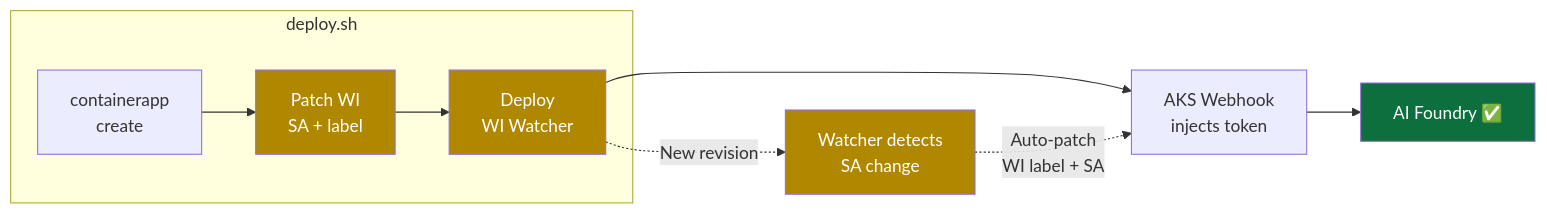
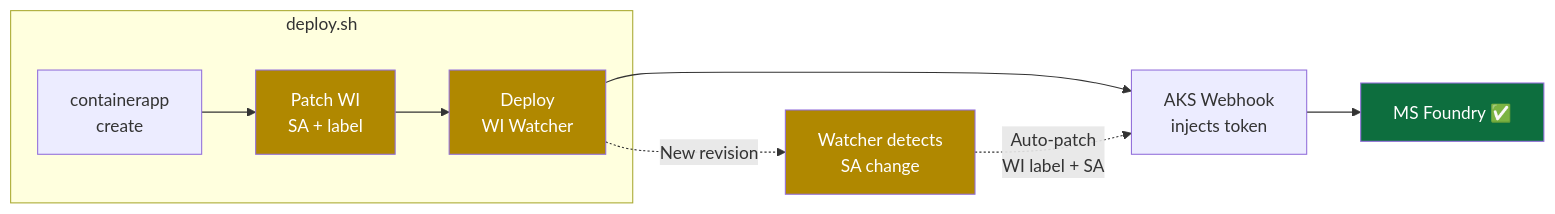
The third of 7 diagrams in docs/src/3-development/deployment.md (Azure-Samples/foundry-azure-local-chat), drawn with Mermaid before and after one commit. The commit also changed other lines of this file and 62 other files, not shown here.

````diff
--- a/docs/src/3-development/deployment.md
+++ b/docs/src/3-development/deployment.md
@@ -452,18 +452,18 @@
 ```mermaid
 flowchart LR
     subgraph Deploy["deploy.sh"]
         A["containerapp<br/>create"] --> D["Patch WI<br/>SA + label"]
         D --> E["Deploy<br/>WI Watcher"]
     end
 
     E --> F["AKS Webhook<br/>injects token"]
-    F --> G["AI Foundry ✅"]
+    F --> G["MS Foundry ✅"]
 
     E -.->|"New revision"| H["Watcher detects<br/>SA change"]
     H -.->|"Auto-patch<br/>WI label + SA"| F
 
     style D fill:#b08800,color:#fff
     style E fill:#b08800,color:#fff
     style H fill:#b08800,color:#fff
     style G fill:#0d6e3e,color:#fff
 ```
````
